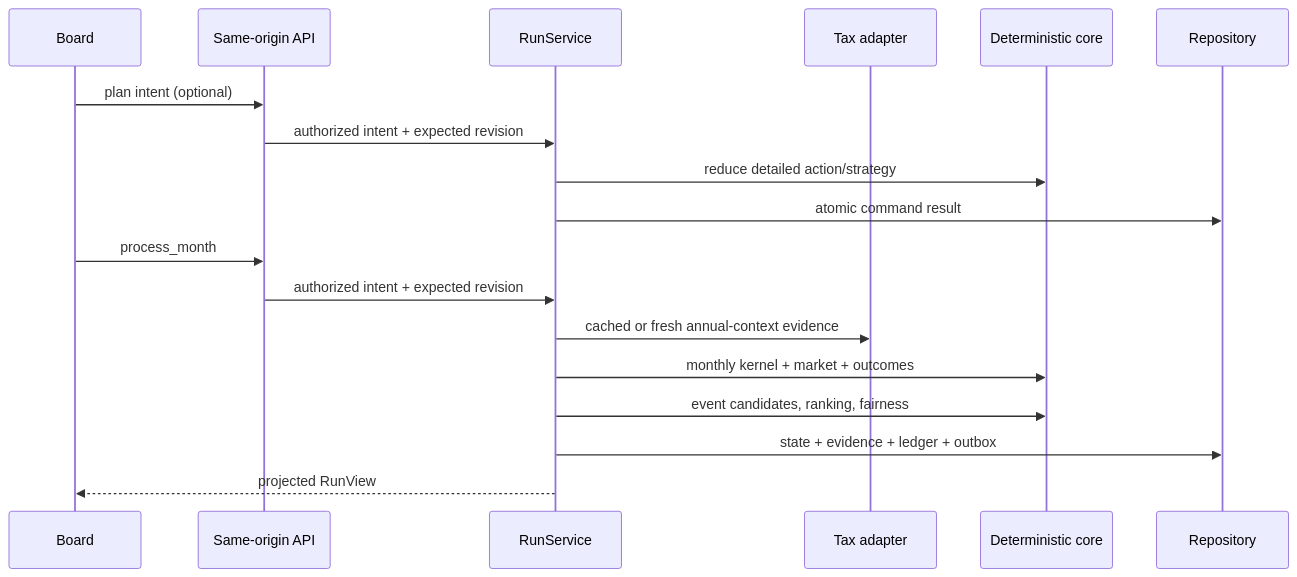
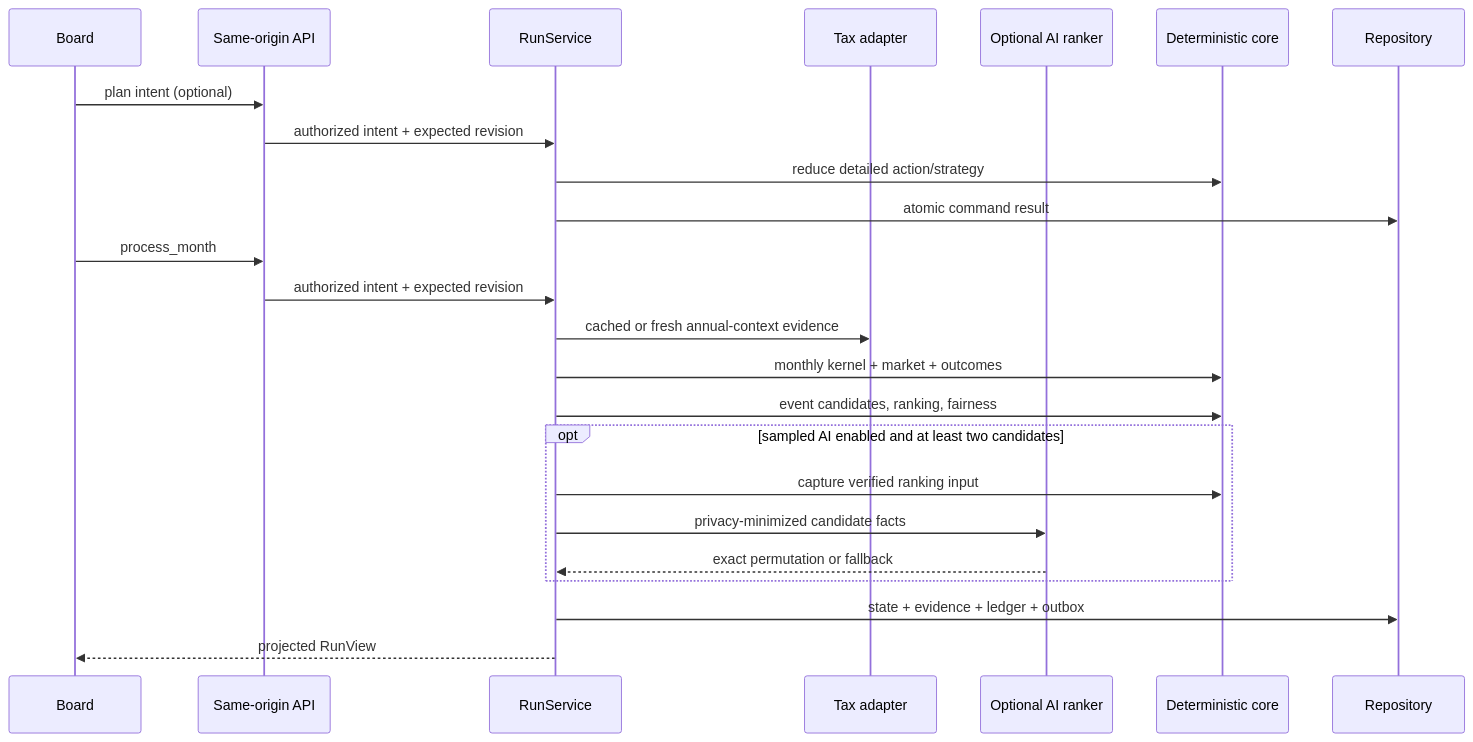
The second of 2 diagrams in docs/architecture/overview.md (tiennguyentony/life_finance), drawn with Mermaid before and after one commit. The commit also changed other lines of this file and 2 other files, not shown here.

Commit message:
Update AI gameplay handoff documentation

````diff
--- a/docs/architecture/overview.md
+++ b/docs/architecture/overview.md
@@ -33,20 +34,26 @@
 ```mermaid
 sequenceDiagram
   participant UI as Board
   participant API as Same-origin API
   participant RS as RunService
   participant TAX as Tax adapter
+  participant AI as Optional AI ranker
   participant CORE as Deterministic core
   participant DB as Repository
   UI->>API: plan intent (optional)
   API->>RS: authorized intent + expected revision
   RS->>CORE: reduce detailed action/strategy
   RS->>DB: atomic command result
   UI->>API: process_month
   API->>RS: authorized intent + expected revision
   RS->>TAX: cached or fresh annual-context evidence
   RS->>CORE: monthly kernel + market + outcomes
   RS->>CORE: event candidates, ranking, fairness
+  opt sampled AI enabled and at least two candidates
+    RS->>CORE: capture verified ranking input
+    RS->>AI: privacy-minimized candidate facts
+    AI-->>RS: exact permutation or fallback
+  end
   RS->>DB: state + evidence + ledger + outbox
   RS-->>UI: projected RunView
 ```
````
